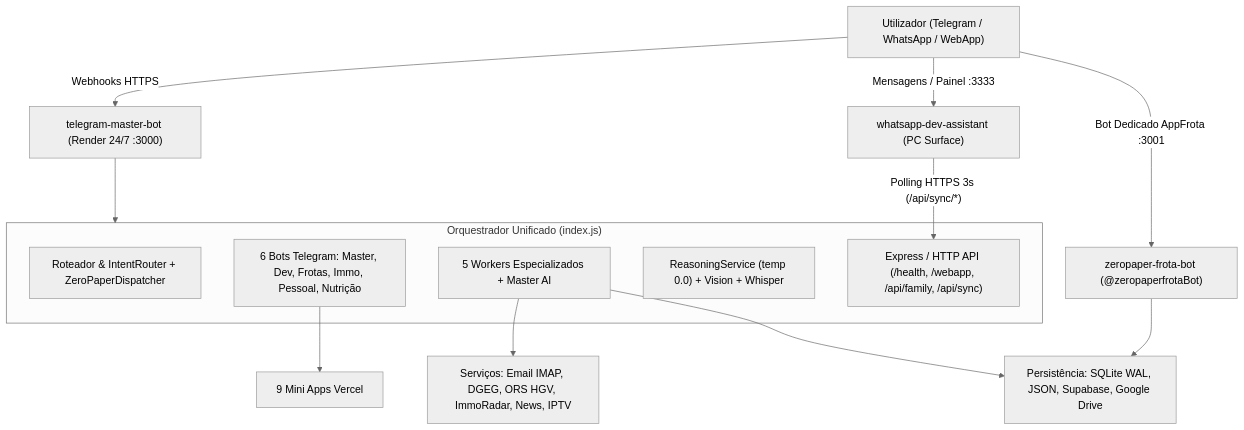
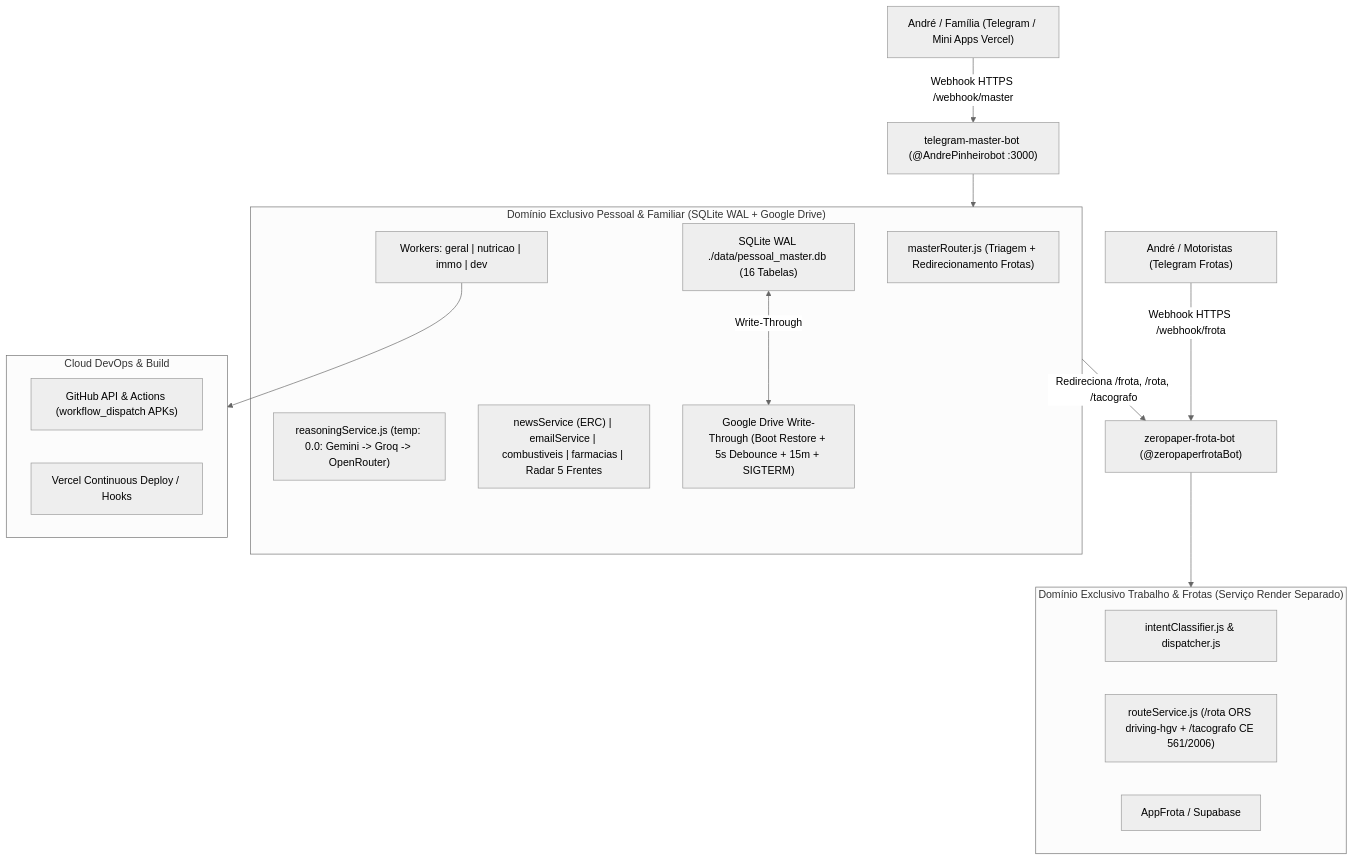
One commit to andre22pinheiro-ui/telegram-master-bot changed the diagram in SISTEMA.md. Above: the diagram before and after it, drawn with Mermaid (neutral theme). The commit also changed other lines of this file and 44 other files, not shown here.

Commit message:
feat: arquitetura 100% cloud-native, SQLite WAL 16 tabelas e Drive write-through

````diff
--- a/SISTEMA.md
+++ b/SISTEMA.md
@@ -14,21 +15,31 @@
 ```mermaid
 flowchart TB
-  User["Utilizador (Telegram / WhatsApp / WebApp)"] -->|"Webhooks HTTPS"| Render["telegram-master-bot (Render 24/7 :3000)"]
-  User -->|"Mensagens / Painel :3333"| WA["whatsapp-dev-assistant (PC Surface)"]
-  User -->|"Bot Dedicado AppFrota :3001"| ZP["zeropaper-frota-bot (@zeropaperfrotaBot)"]
+  User["André / Família (Telegram / Mini Apps Vercel)"] -->|"Webhook HTTPS /webhook/master"| Master["telegram-master-bot (@AndrePinheirobot :3000)"]
+  FleetUser["André / Motoristas (Telegram Frotas)"] -->|"Webhook HTTPS /webhook/frota"| ZP["zeropaper-frota-bot (@zeropaperfrotaBot)"]
 
-  subgraph Orchestrator["Orquestrador Unificado (index.js)"]
-    Router["Roteador & IntentRouter + ZeroPaperDispatcher"]
-    Bots["6 Bots Telegram: Master, Dev, Frotas, Immo, Pessoal, Nutrição"]
-    Workers["5 Workers Especializados + Master AI"]
-    IA["ReasoningService (temp 0.0) + Vision + Whisper"]
-    API["Express / HTTP API (/health, /webapp, /api/family, /api/sync)"]
+  subgraph PersonalCore["Domínio Exclusivo Pessoal & Familiar (SQLite WAL + Google Drive)"]
+    Router["masterRouter.js (Triagem + Redirecionamento Frotas)"]
+    Workers["Workers: geral | nutricao | immo | dev"]
+    IA["reasoningService.js (temp: 0.0: Gemini -> Groq -> OpenRouter)"]
+    Services["newsService (ERC) | emailService | combustiveis | farmacias | Radar 5 Frentes"]
+    DB["SQLite WAL ./data/pessoal_master.db (16 Tabelas)"]
+    GDrive["Google Drive Write-Through (Boot Restore + 5s Debounce + 15m + SIGTERM)"]
   end
 
-  Render --> Orchestrator
-  WA -->|"Polling HTTPS 3s (/api/sync/*)"| API
-  Workers --> Services["Serviços: Email IMAP, DGEG, ORS HGV, ImmoRadar, News, IPTV"]
-  Workers --> Storage["Persistência: SQLite WAL, JSON, Supabase, Google Drive"]
-  Bots --> Vercel["9 Mini Apps Vercel"]
-  ZP --> Storage
+  subgraph CloudDevOps["Cloud DevOps & Build"]
+    GHActions["GitHub API & Actions (workflow_dispatch APKs)"]
+    VercelDeploy["Vercel Continuous Deploy / Hooks"]
+  end
+
+  subgraph WorkCore["Domínio Exclusivo Trabalho & Frotas (Serviço Render Separado)"]
+    ZPAI["intentClassifier.js & dispatcher.js"]
+    ZPRoute["routeService.js (/rota ORS driving-hgv + /tacografo CE 561/2006)"]
+    ZPSupabase["AppFrota / Supabase"]
+  end
+
+  Master --> PersonalCore
+  DB <-->|"Write-Through"| GDrive
+  Workers --> CloudDevOps
+  ZP --> WorkCore
+  PersonalCore -->|"Redireciona /frota, /rota, /tacografo"| ZP
 ```
````
